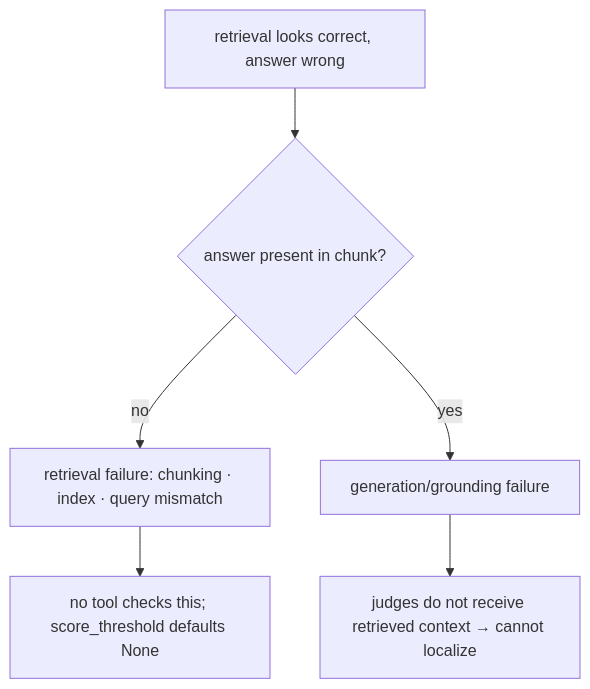
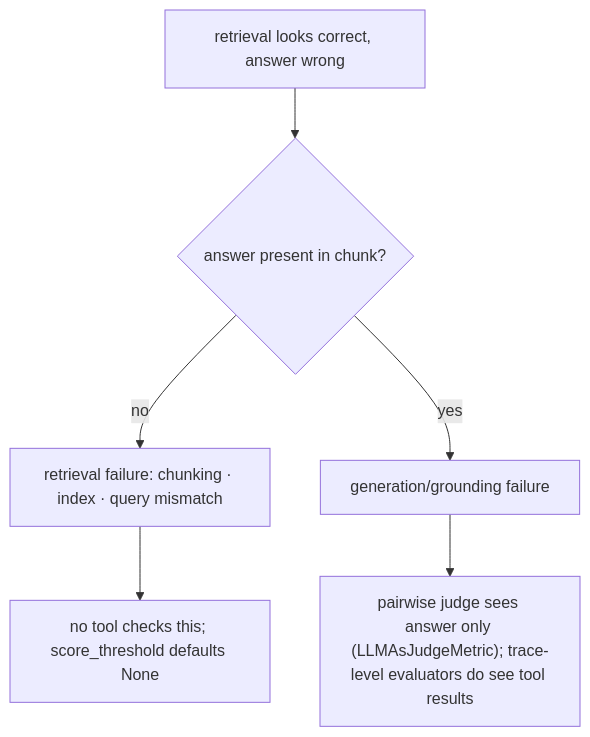
One commit to michaelatamuk/openjiuwen-jiuwenswarm changed diagram 25 of 41 in docs-michael/interview_questions/04-rag-and-retrieval.md. Above: the diagram before and after it, drawn with Mermaid. The commit also changed other lines of this file and 6 other files, not shown here.

````diff
--- a/docs-michael/interview_questions/04-rag-and-retrieval.md
+++ b/docs-michael/interview_questions/04-rag-and-retrieval.md
@@ -548,8 +548,8 @@
 ```mermaid
 flowchart TD
     A["retrieval looks correct, answer wrong"] --> Q{"answer present in chunk?"}
     Q -->|no| R["retrieval failure: chunking · index · query mismatch"]
     Q -->|yes| G["generation/grounding failure"]
     R --> X["no tool checks this; score_threshold defaults None"]
-    G --> Y["judges do not receive retrieved context → cannot localize"]
+    G --> Y["pairwise judge sees answer only (LLMAsJudgeMetric); trace-level evaluators do see tool results"]
 ```
````
